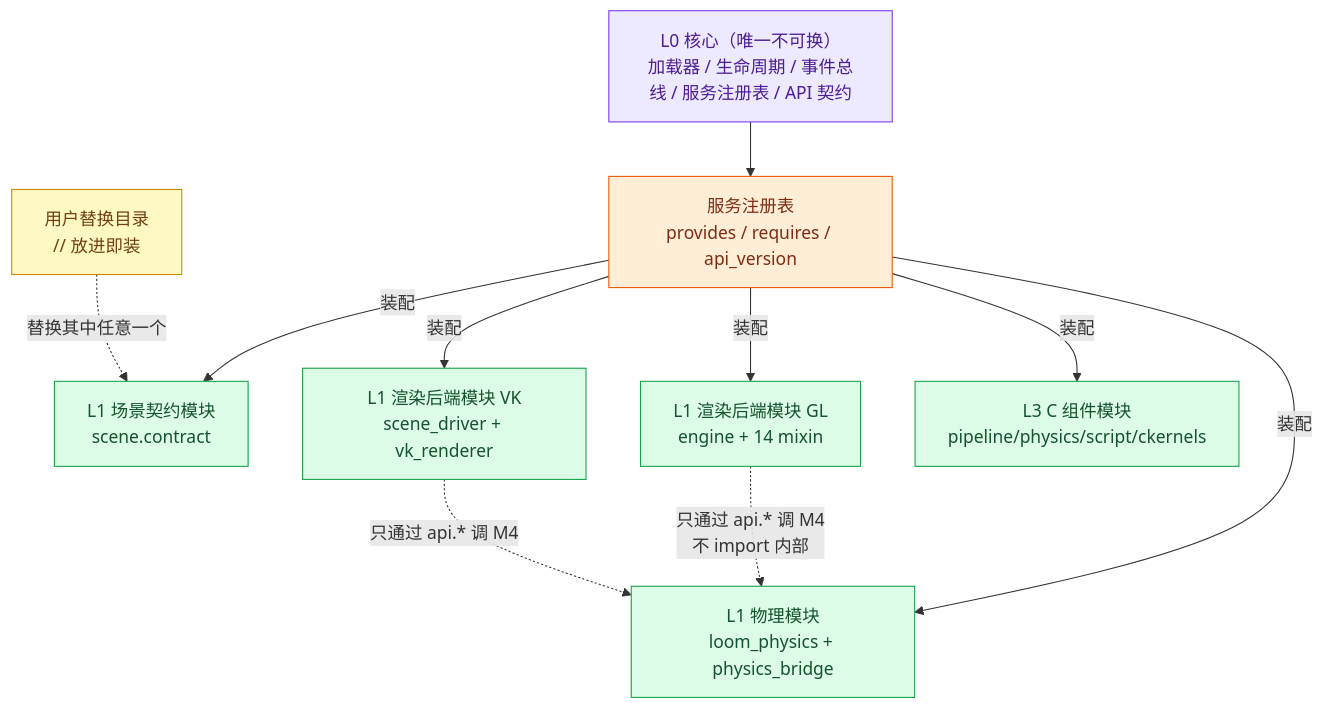
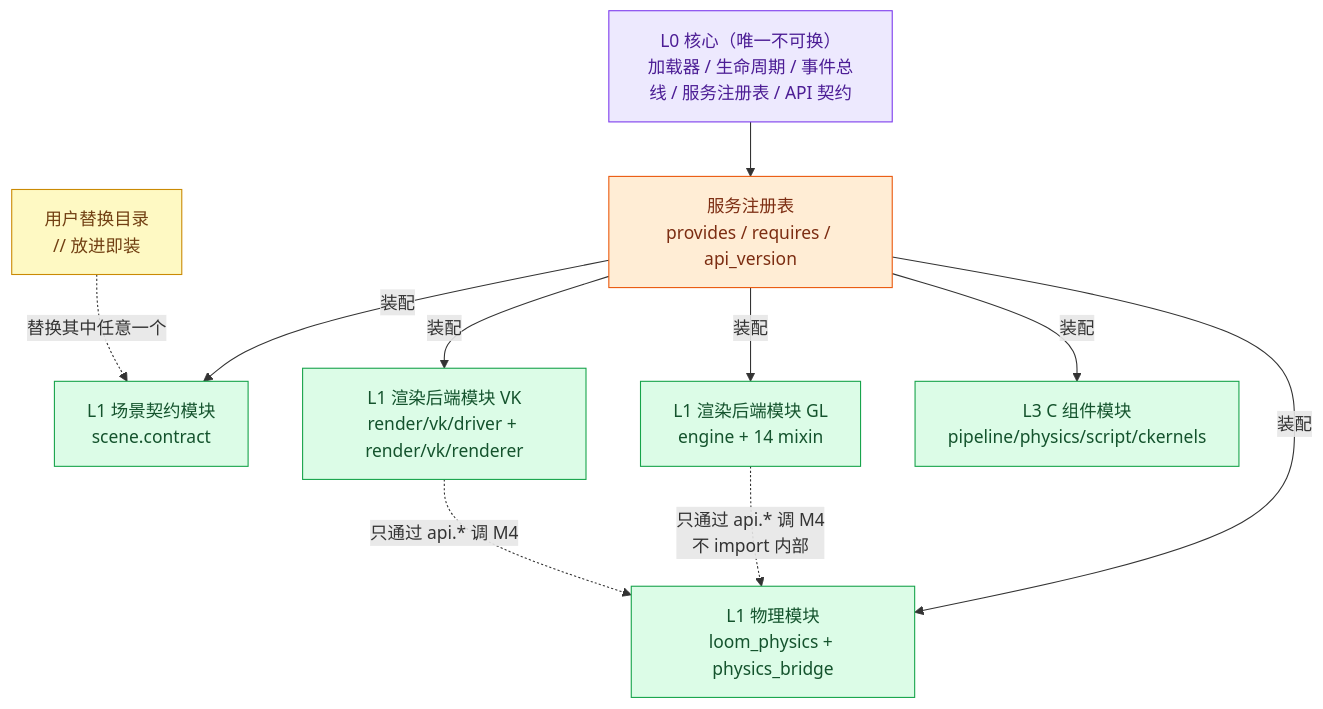
Diagram 20 of 23 in ARCHITECTURE.md (lhy302/WeaveEngine), drawn with Mermaid before and after one commit. The commit also changed other lines of this file and 97 other files, not shown here.

````diff
--- a/ARCHITECTURE.md
+++ b/ARCHITECTURE.md
@@ -969,24 +971,24 @@
 ```mermaid
 flowchart TB
   CORE["L0 核心（唯一不可换）<br/>加载器 / 生命周期 / 事件总线 / 服务注册表 / API 契约"]:::core
   REG["服务注册表<br/>provides / requires / api_version"]:::contract
   M1["L1 场景契约模块<br/>scene.contract"]:::mod
   M2["L1 渲染后端模块 GL<br/>engine + 14 mixin"]:::mod
-  M3["L1 渲染后端模块 VK<br/>scene_driver + vk_renderer"]:::mod
+  M3["L1 渲染后端模块 VK<br/>render/vk/driver + render/vk/renderer"]:::mod
   M4["L1 物理模块<br/>loom_physics + physics_bridge"]:::mod
   M5["L3 C 组件模块<br/>pipeline/physics/script/ckernels"]:::mod
   U["用户替换目录<br/><modules>/<id>/ 放进即装"]:::user
   CORE --> REG
   REG -->|装配| M1
   REG -->|装配| M2
   REG -->|装配| M3
   REG -->|装配| M4
   REG -->|装配| M5
   U -.->|替换其中任意一个| M1
   M2 -.->|只通过 api.* 调 M4<br/>不 import 内部| M4
   M3 -.->|只通过 api.* 调 M4| M4
   classDef core fill:#ede9fe,stroke:#7c3aed,color:#4c1d95
   classDef contract fill:#ffedd5,stroke:#ea580c,color:#7c2d12
   classDef mod fill:#dcfce7,stroke:#16a34a,color:#14532d
   classDef user fill:#fef9c3,stroke:#ca8a04,color:#713f12
 ```
````
